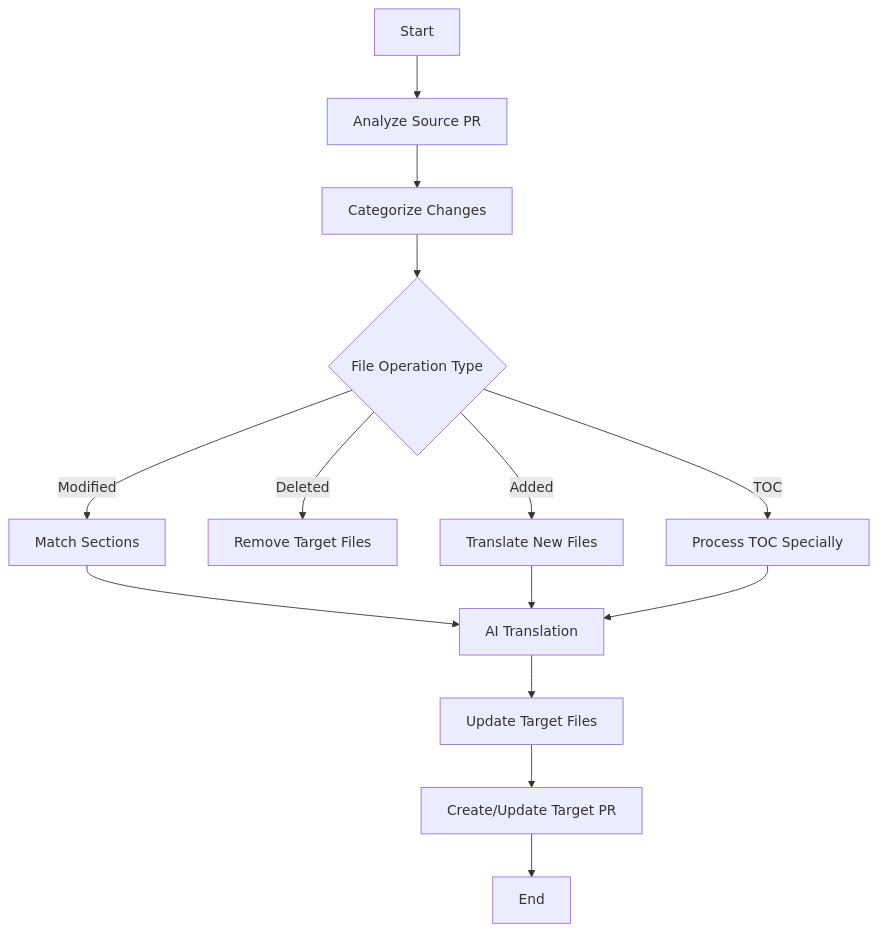
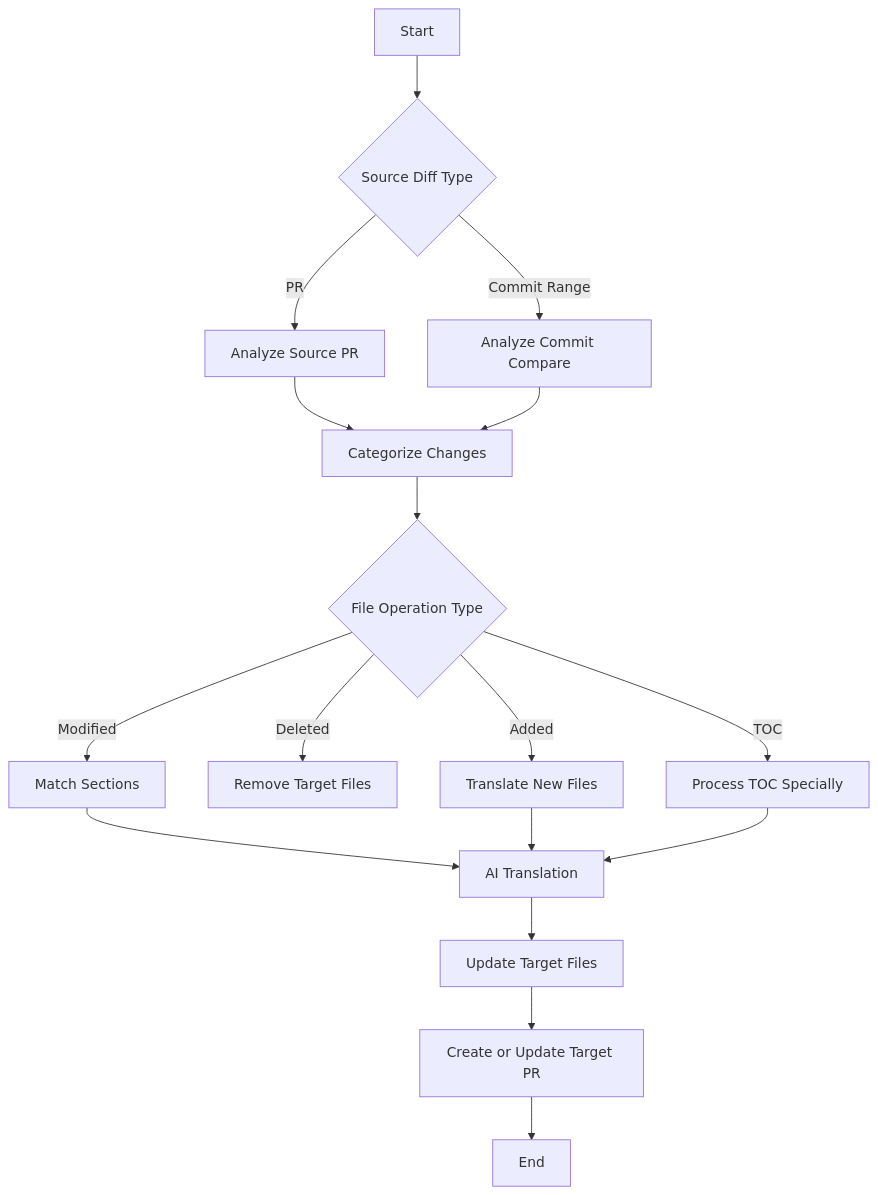
The diagram in README.md (qiancai/ai-pr-translator), drawn with Mermaid before and after one commit. The commit also changed other lines of this file and 17 other files, not shown here.

Commit message:
support translate doc updates according to commit diff

````diff
--- a/README.md
+++ b/README.md
@@ -172,16 +221,19 @@
 ```mermaid
 graph TD
-    A[Start] --> B[Analyze Source PR]
-    B --> C[Categorize Changes]
-    C --> D{File Operation Type}
-    D -->|Added| E[Translate New Files]
-    D -->|Deleted| F[Remove Target Files]
-    D -->|Modified| G[Match Sections]
-    D -->|TOC| H[Process TOC Specially]
-    G --> I[AI Translation]
-    E --> I
-    H --> I
-    I --> J[Update Target Files]
-    J --> K[Create/Update Target PR]
-    K --> L[End]
+    A[Start] --> B{"Source Diff Type"}
+    B -->|PR| C[Analyze Source PR]
+    B -->|Commit Range| D[Analyze Commit Compare]
+    C --> E[Categorize Changes]
+    D --> E
+    E --> F{File Operation Type}
+    F -->|Added| G[Translate New Files]
+    F -->|Deleted| H[Remove Target Files]
+    F -->|Modified| I[Match Sections]
+    F -->|TOC| J[Process TOC Specially]
+    I --> K[AI Translation]
+    G --> K
+    J --> K
+    K --> L[Update Target Files]
+    L --> M[Create or Update Target PR]
+    M --> N[End]
 ```
````
